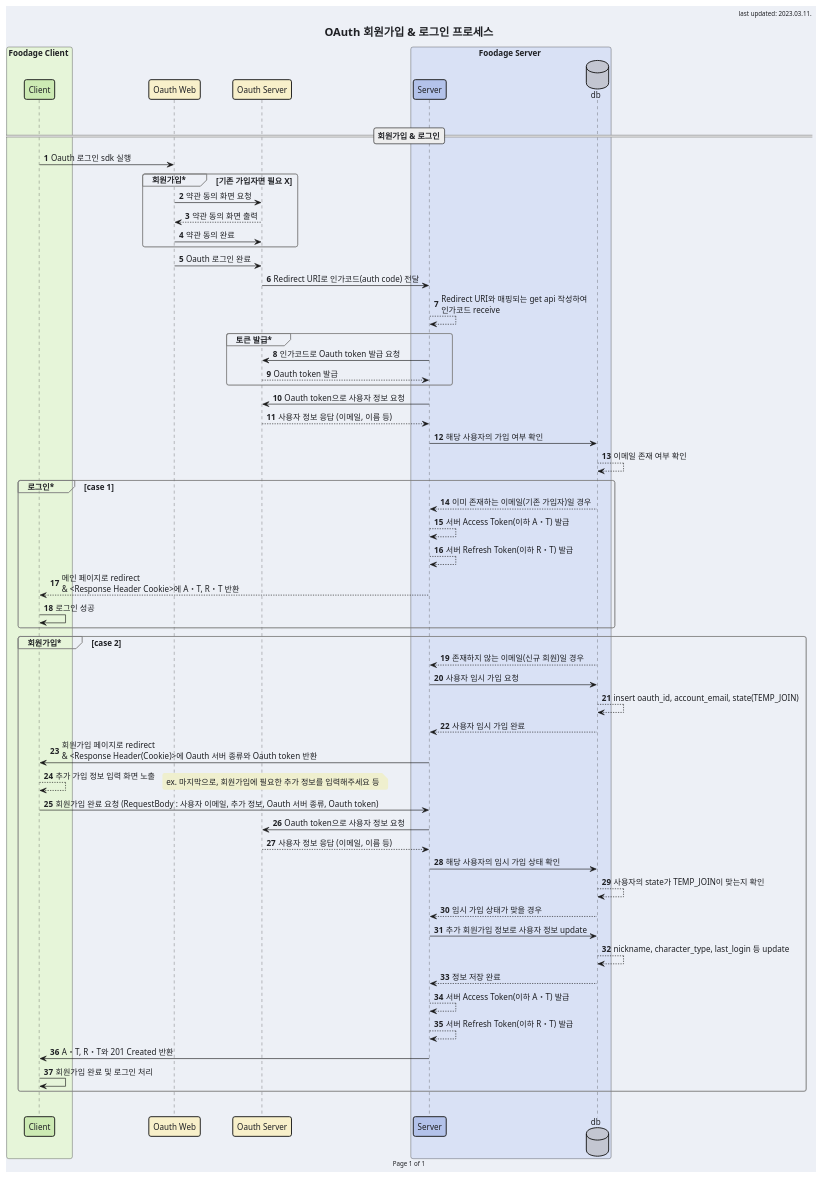
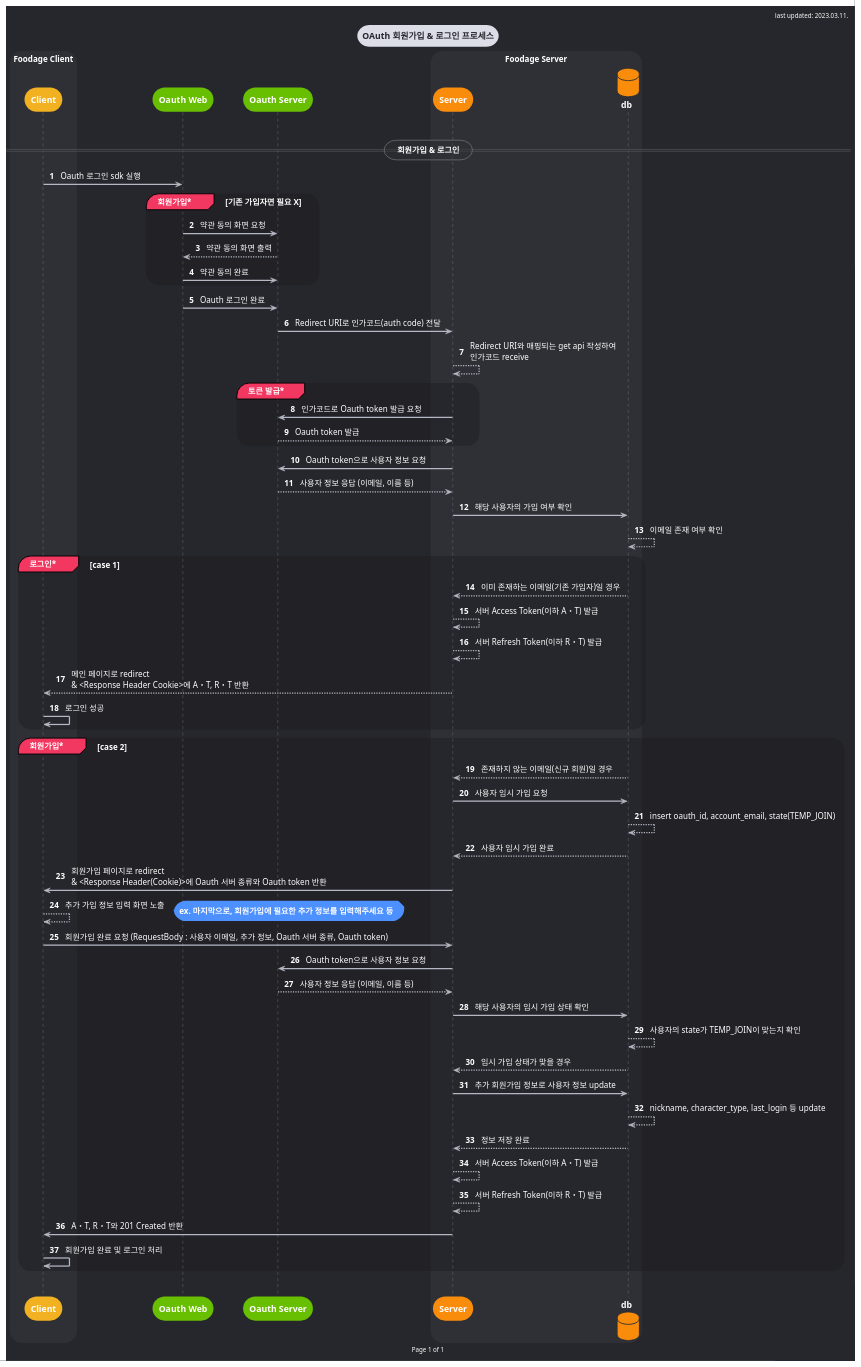
The diagram in share/Oauth_로그인&회원가입_프로세스-최종.puml (foodage/server), drawn with PlantUML before and after one commit.

Commit message:
🎨 style: puml 디자인 수정

```diff
--- a/share/Oauth_로그인&회원가입_프로세스-최종.puml
+++ b/share/Oauth_로그인&회원가입_프로세스-최종.puml
@@ -1,102 +1,162 @@
 @startuml
-!theme mars
-header last updated: 2023.03.11.
-footer Page %page% of %lastpage%
-title
-    <size:18> OAuth 회원가입 & 로그인 프로세스 </size>
-end title
+'!theme sketchy
 
 ''''''''
 ' skin '
 ''''''''
-skinparam backgroundColor #edf0f6
-skinparam defaultFontName Arial
-skinparam defaultFontSize 13
-skinparam defaultFontColor #1f2024
-skinparam sequenceGroupBackgroundColor transparent
-skinparam sequenceGroupBorderColor gray
-skinparam noteBackgroundColor #efefce
-skinparam noteBorderColor transparent
+skinparam padding 3
+
+skinparam backgroundColor #26272c
+skinparam roundCorner 40
+skinparam actorStyle awesome
+
+skinparam default {
+    FontColor White
+    FontName PT Sans, .AppleSystemUIFont
+    FontSize 13
+}
+
+skinparam title {
+    FontSize 14
+    FontColor #26272c
+    BackgroundColor #dbdde7
+    BorderThickness 0
+    BorderRoundCorner 40
+}
+
+skinparam participant {
+    FontSize 14
+    FontStyle bold
+    BorderThickness 0
+    BackgroundColor #fc7f3b
+}
+
+skinparam database {
+    FontSize 14
+    FontStyle bold
+    BackgroundColor #fc7f3b
+    BorderColor #2f3036
+}
+
+skinparam arrow {
+    Color #b5b8c3
+    Thickness 2
+    MessageAlignment center
+}
+
+skinparam sequence {
+    GroupBackgroundColor #f23761
+    GroupBodyBackgroundColor #18181b60
+    GroupBorderThickness 0
+
+    LifeLineBorderColor #91939c
+    LifeLineBorderThickness 1
+
+    BoxBackgroundColor #2f3036
+    BoxBorderColor #2f3036
+
+    DividerBackgroundColor #2f303680
+    DividerBorderColor Gray
+    DividerBorderThickness 1
+}
+skinparam BoxPadding 5
+
+skinparam note {
+    FontColor White
+    FontStyle bold
+    BackgroundColor #4d90ff
+    BorderThickness 0
+}
+
+
+''''''''
+' info '
+''''''''
+header last updated: 2023.03.11.
+footer Page %page% of %lastpage%
+title
+    OAuth 회원가입 & 로그인 프로세스
+end title
+
 
 '''''''
-'actor User as user
-box Foodage Client #e6f5d9
-    participant "Client" as client #cceab3
+box Foodage Client
+    participant "Client" as client #f2b120
 end box
 '''''''
-participant "Oauth Web" as a_client #f8f0ca
-participant "Oauth Server" as a_server #f8f0ca
+participant "Oauth Web" as a_client #68be00
+participant "Oauth Server" as a_server #68be00
 '''''''
-box Foodage Server #d9e1f5
-    participant "Server" as server #b3c2ea
-    database db #c3c6d1
+box Foodage Server
+    participant "Server" as server #f98c0b
+    database db #f98c0b
 end box
 '''''''
 autonumber
 
 
 |||
-== 회원가입 & 로그인==
+== ㅤ회원가입 & 로그인   ==
 
 client -> a_client: Oauth 로그인 sdk 실행
 
 '서비스 회원가입
 group 회원가입* [기존 가입자면 필요 X]
     a_client -> a_server: 약관 동의 화면 요청
     a_server --> a_client: 약관 동의 화면 출력
     a_client -> a_server: 약관 동의 완료
 end
 
 a_client -> a_server: Oauth 로그인 완료
 
 a_server -> server: Redirect URI로 인가코드(auth code) 전달
 server --> server: Redirect URI와 매핑되는 get api 작성하여\n인가코드 receive
 
 group 토큰 발급*
 ''' at 발급
 server -> a_server: 인가코드로 Oauth token 발급 요청
 a_server --> server: Oauth token 발급
 end
 
 ''' at로 사용자 정보 확인
 server -> a_server: Oauth token으로 사용자 정보 요청
 a_server --> server: 사용자 정보 응답 (이메일, 이름 등)
 server -> db: 해당 사용자의 가입 여부 확인
 db --> db: 이메일 존재 여부 확인
 
 '서비스 로그인
 group 로그인* [case 1]
     db --> server: 이미 존재하는 이메일(기존 가입자)일 경우
     server --> server: 서버 Access Token(이하 A・T) 발급
     server --> server: 서버 Refresh Token(이하 R・T) 발급
     server --> client: 메인 페이지로 redirect\n& <Response Header Cookie>에 A・T, R・T 반환
     client -> client: 로그인 성공
 end
 
 '서비스 회원가입
 group 회원가입* [case 2]
     db --> server: 존재하지 않는 이메일(신규 회원)일 경우
     server -> db: 사용자 임시 가입 요청
     db --> db: insert oauth_id, account_email, state(TEMP_JOIN)
     db --> server: 사용자 임시 가입 완료
     server -> client: 회원가입 페이지로 redirect\n& <Response Header(Cookie)>에 Oauth 서버 종류와 Oauth token 반환
     client --> client: 추가 가입 정보 입력 화면 노출
       note right: ex. 마지막으로, 회원가입에 필요한 추가 정보를 입력해주세요 등
     client -> server: 회원가입 완료 요청 (RequestBody : 사용자 이메일, 추가 정보, Oauth 서버 종류, Oauth token)
     server -> a_server: Oauth token으로 사용자 정보 요청
     a_server --> server: 사용자 정보 응답 (이메일, 이름 등)
     server -> db: 해당 사용자의 임시 가입 상태 확인
     db --> db: 사용자의 state가 TEMP_JOIN이 맞는지 확인
     db --> server: 임시 가입 상태가 맞을 경우
     server -> db: 추가 회원가입 정보로 사용자 정보 update
     db --> db: nickname, character_type, last_login 등 update
     db --> server: 정보 저장 완료
     server --> server: 서버 Access Token(이하 A・T) 발급
     server --> server: 서버 Refresh Token(이하 R・T) 발급
     server -> client: A・T, R・T와 201 Created 반환
     client -> client: 회원가입 완료 및 로그인 처리
 end
 
 |||
 
 @enduml
```
